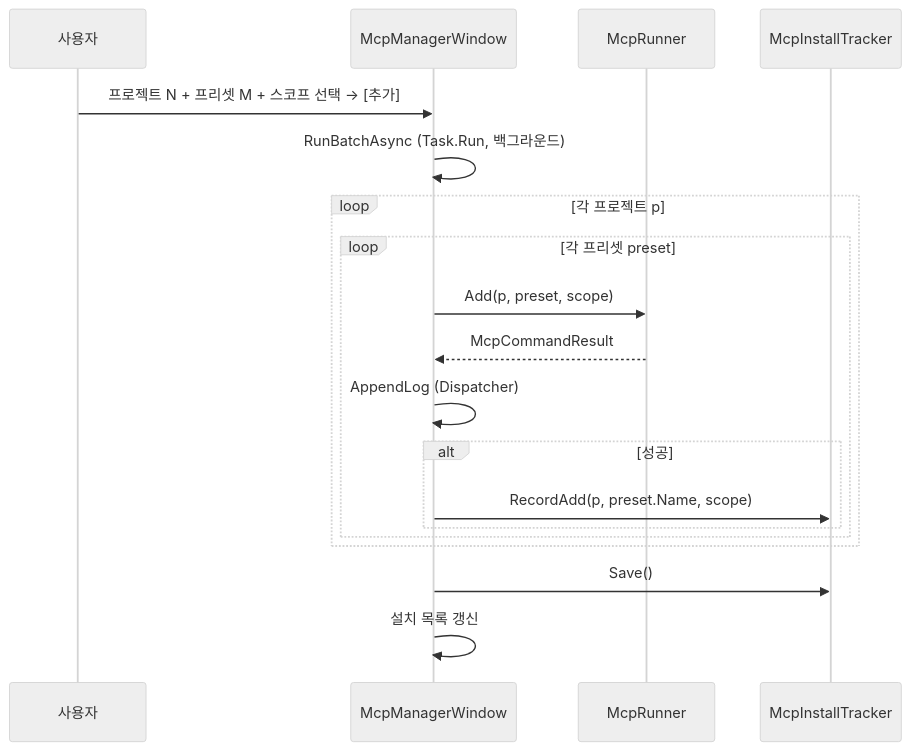
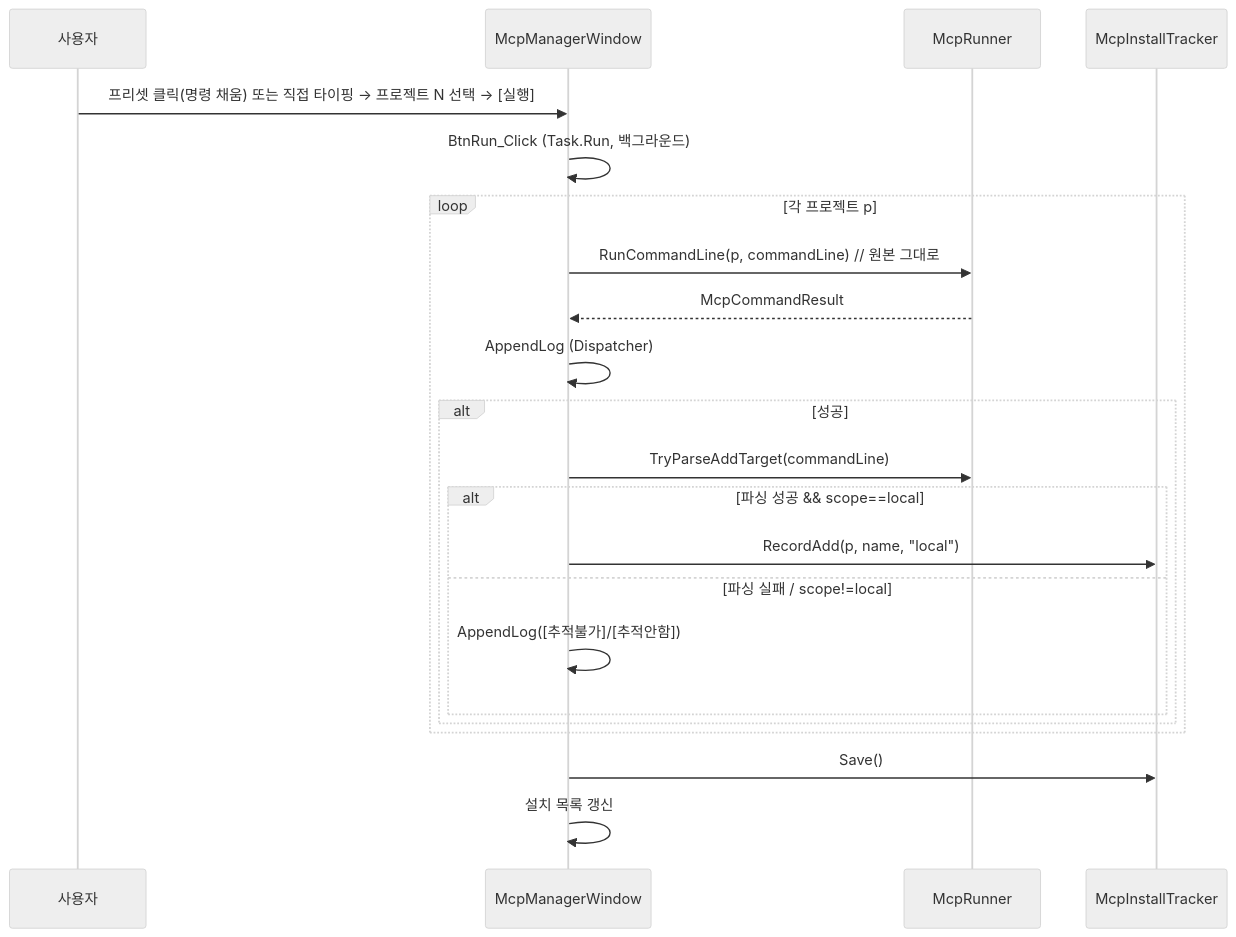
The fourth of 6 diagrams in Docs/DEVELOPMENT/Dev/Launcher/LAUNCHER_DESIGN.md (hendlake8/claude-code-helper-tool), drawn with Mermaid (neutral theme) before and after one commit. The commit also changed other lines of this file and 10 other files, not shown here.

````diff
--- a/Docs/DEVELOPMENT/Dev/Launcher/LAUNCHER_DESIGN.md
+++ b/Docs/DEVELOPMENT/Dev/Launcher/LAUNCHER_DESIGN.md
@@ -395,21 +400,24 @@
 ```mermaid
 sequenceDiagram
     participant U as 사용자
     participant W as McpManagerWindow
     participant R as McpRunner
     participant T as McpInstallTracker
-    U->>W: 프로젝트 N + 프리셋 M + 스코프 선택 → [추가]
-    W->>W: RunBatchAsync (Task.Run, 백그라운드)
+    U->>W: 프리셋 클릭(명령 채움) 또는 직접 타이핑 → 프로젝트 N 선택 → [실행]
+    W->>W: BtnRun_Click (Task.Run, 백그라운드)
     loop 각 프로젝트 p
-        loop 각 프리셋 preset
-            W->>R: Add(p, preset, scope)
-            R-->>W: McpCommandResult
-            W->>W: AppendLog (Dispatcher)
-            alt 성공
-                W->>T: RecordAdd(p, preset.Name, scope)
+        W->>R: RunCommandLine(p, commandLine)  // 원본 그대로
+        R-->>W: McpCommandResult
+        W->>W: AppendLog (Dispatcher)
+        alt 성공
+            W->>R: TryParseAddTarget(commandLine)
+            alt 파싱 성공 && scope==local
+                W->>T: RecordAdd(p, name, "local")
+            else 파싱 실패 / scope!=local
+                W->>W: AppendLog([추적불가]/[추적안함])
             end
         end
     end
     W->>T: Save()
     W->>W: 설치 목록 갱신
 ```
````
